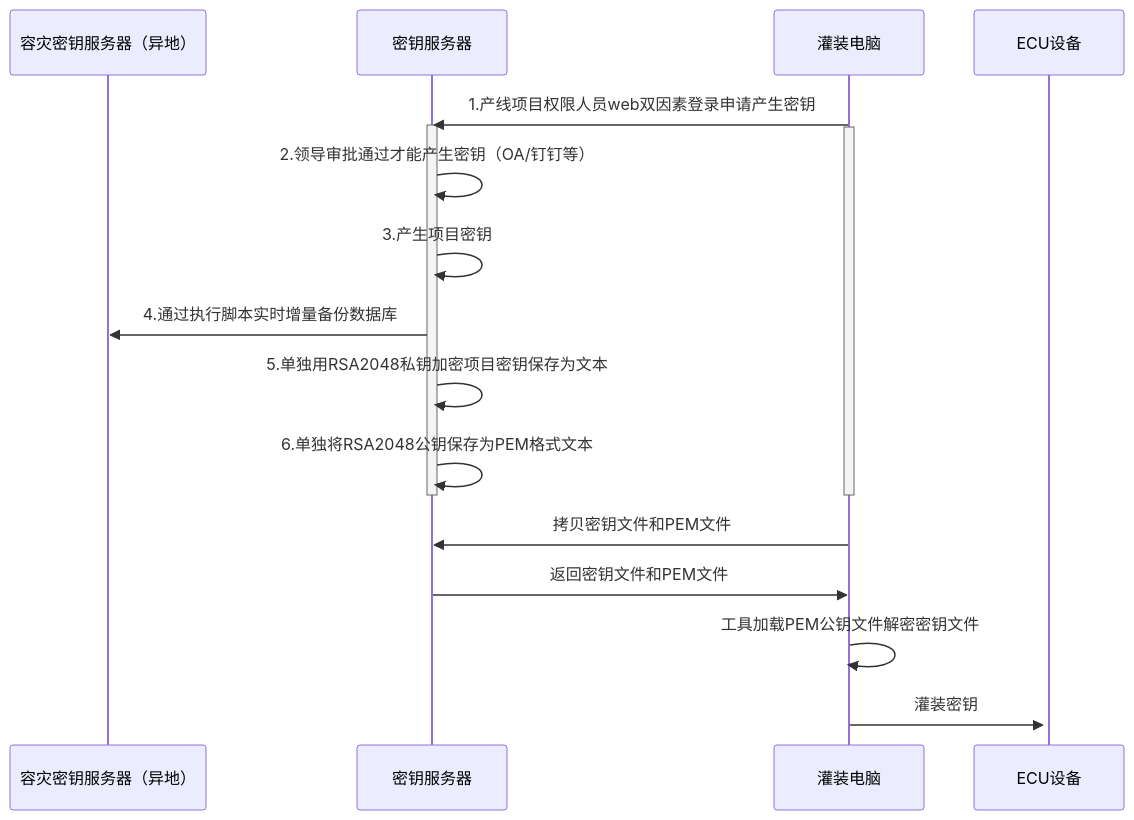
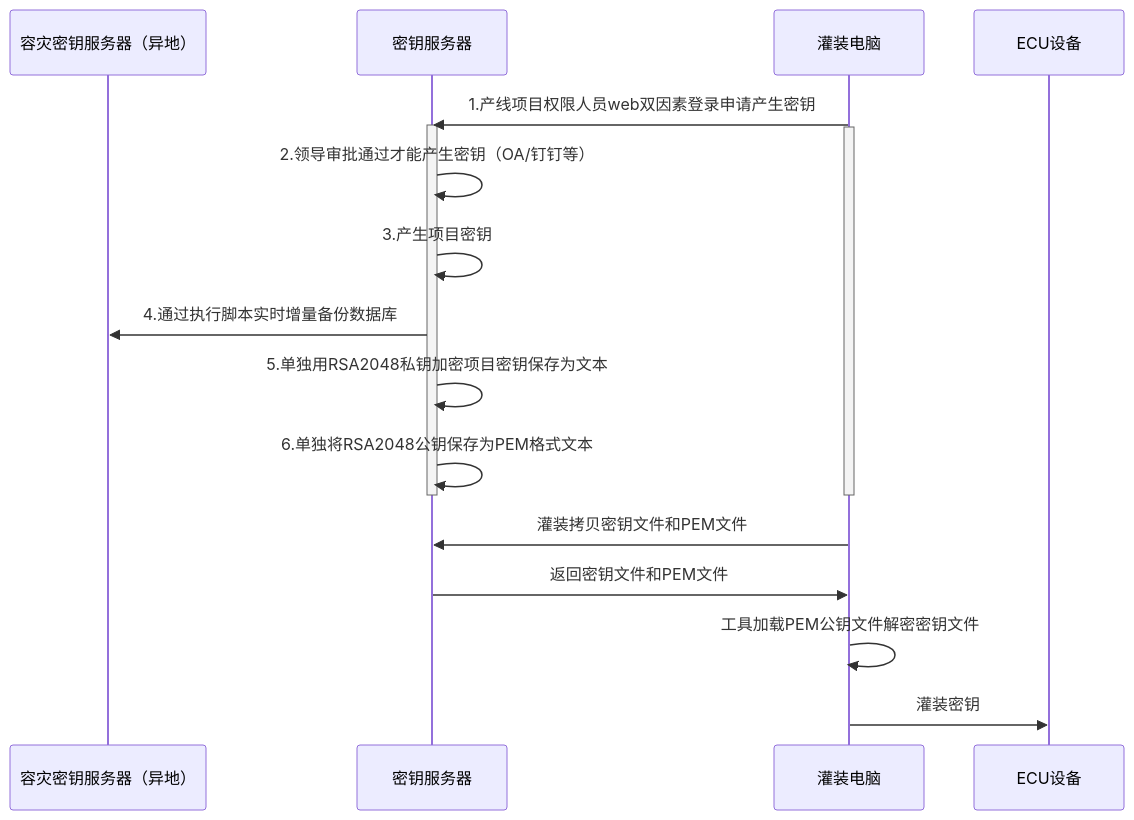
One commit to facebook-cloud/iodraw-files changed the diagram in all/未命名-15.md. Above: the diagram before and after it, drawn with Mermaid.

Commit message:
2026-02-11 19:47:52 update

````diff
--- a/all/未命名-15.md
+++ b/all/未命名-15.md
@@ -1,26 +1,25 @@
 ```mermaid
 sequenceDiagram
     participant A as 容灾密钥服务器（异地）
     participant B as 密钥服务器
     participant D as 灌装电脑
     participant E as ECU设备
 
     
     D->>B: 1.产线项目权限人员web双因素登录申请产生密钥
     activate B
     activate D
     B->>B: 2.领导审批通过才能产生密钥（OA/钉钉等）
     B->>B: 3.产生项目密钥
     B->>A: 4.通过执行脚本实时增量备份数据库
     B->>B: 5.单独用RSA2048私钥加密项目密钥保存为文本
     B->>B: 6.单独将RSA2048公钥保存为PEM格式文本
     deactivate B
     deactivate D
 
     
-    D->>B: 拷贝密钥文件和PEM文件
+    D->>B: 灌装拷贝密钥文件和PEM文件
     B->>D: 返回密钥文件和PEM文件
     D->>D:工具加载PEM公钥文件解密密钥文件
-    activate E
     D->>E: 灌装密钥
 ```
````
